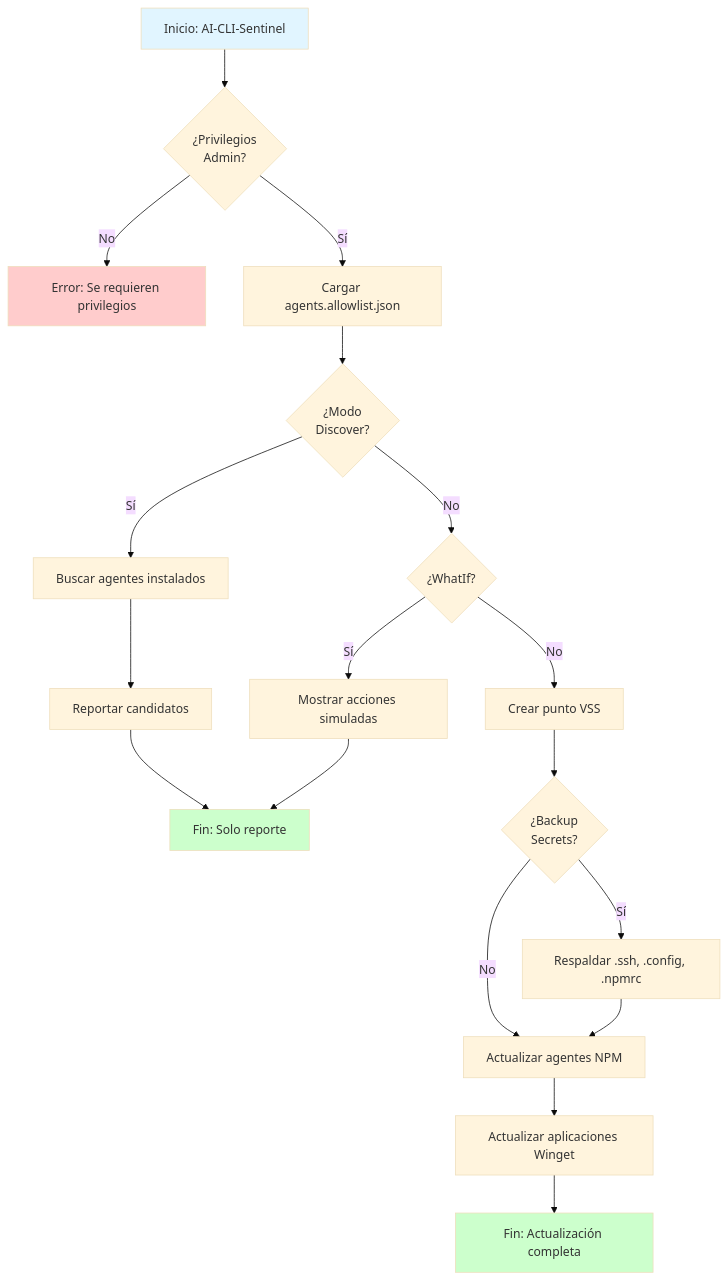
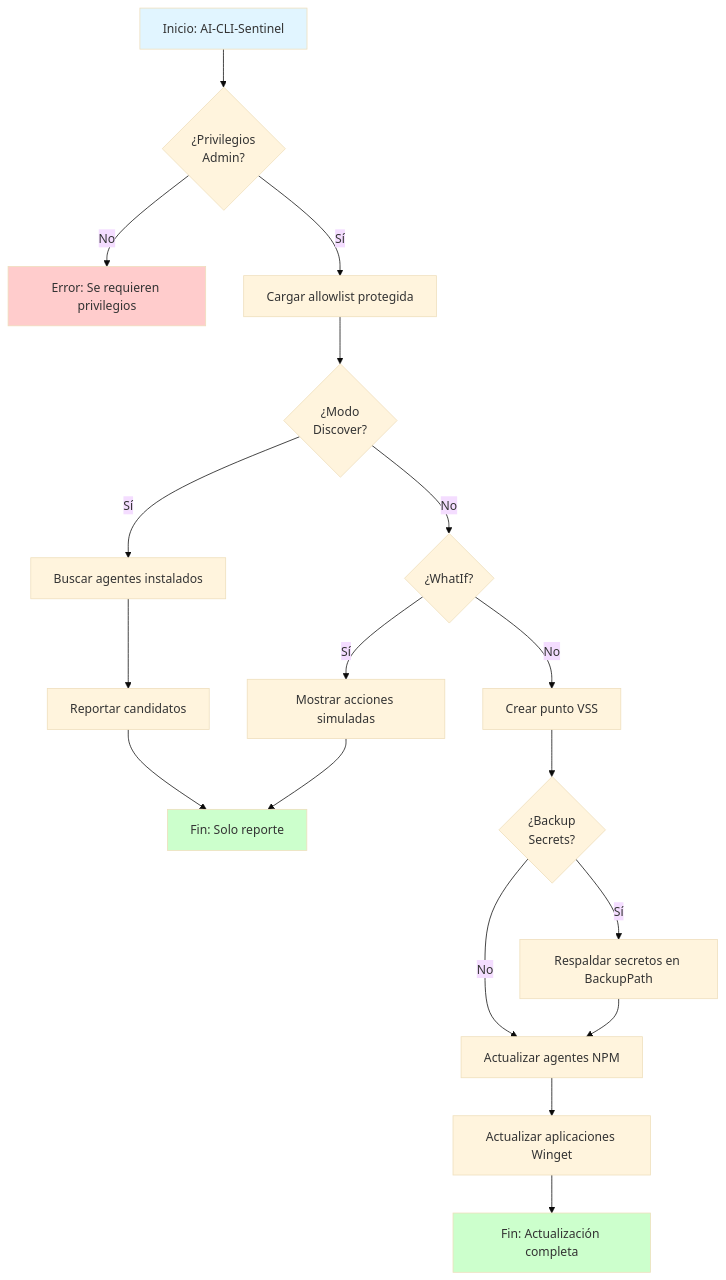
The diagram in README.md (datanicaragua/ai-cli-sentinel), drawn with Mermaid (base theme) before and after one commit. The commit also changed other lines of this file and 9 other files, not shown here.

````diff
--- a/README.md
+++ b/README.md
@@ -262,25 +281,25 @@
 ```mermaid
 flowchart TD
     A[Inicio: AI-CLI-Sentinel] --> B{¿Privilegios<br/>Admin?}
     B -->|No| C[Error: Se requieren privilegios]
-    B -->|Sí| D[Cargar agents.allowlist.json]
+    B -->|Sí| D[Cargar allowlist protegida]
     D --> E{¿Modo<br/>Discover?}
     E -->|Sí| F[Buscar agentes instalados]
     F --> G[Reportar candidatos]
     G --> H[Fin: Solo reporte]
     E -->|No| I{¿WhatIf?}
     I -->|Sí| J[Mostrar acciones simuladas]
     J --> H
     I -->|No| K[Crear punto VSS]
     K --> L{¿Backup<br/>Secrets?}
-    L -->|Sí| M[Respaldar .ssh, .config, .npmrc]
+    L -->|Sí| M[Respaldar secretos en BackupPath]
     L -->|No| N[Actualizar agentes NPM]
     M --> N
     N --> O[Actualizar aplicaciones Winget]
     O --> P[Fin: Actualización completa]
     
     style A fill:#e1f5ff
     style C fill:#ffcccc
     style H fill:#ccffcc
     style P fill:#ccffcc
 ```
````
